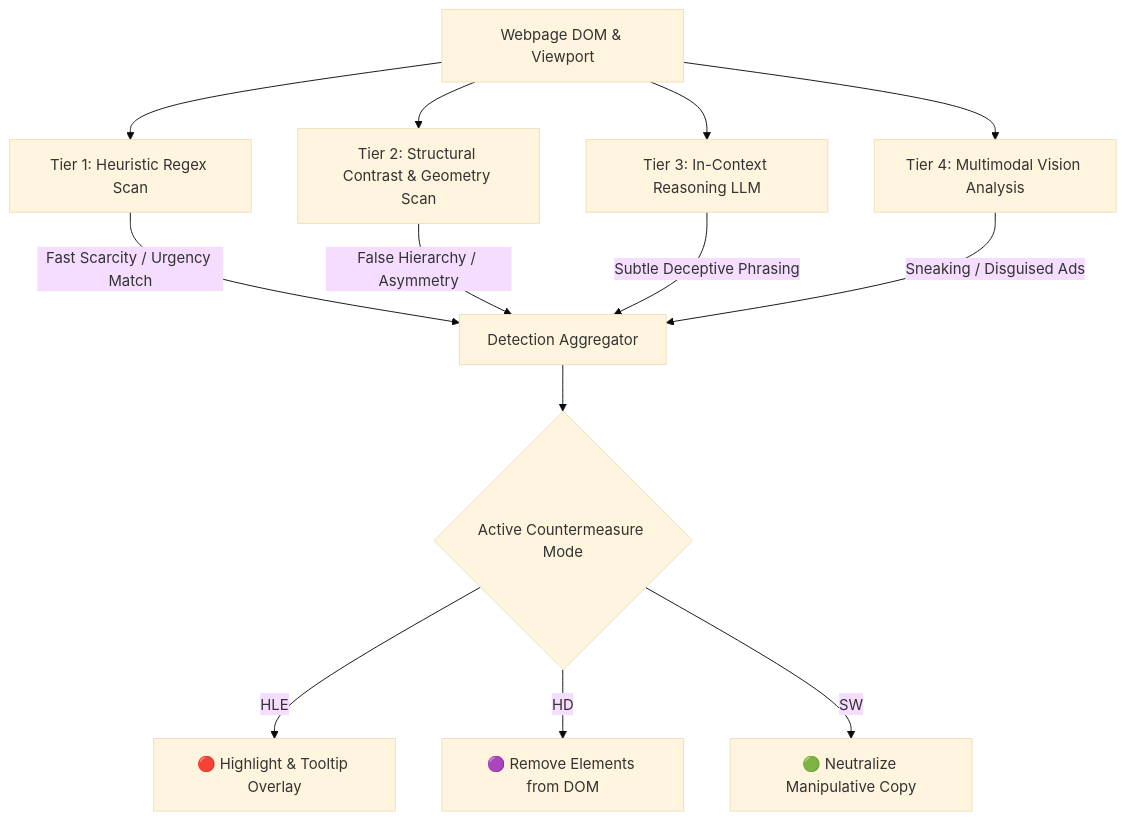
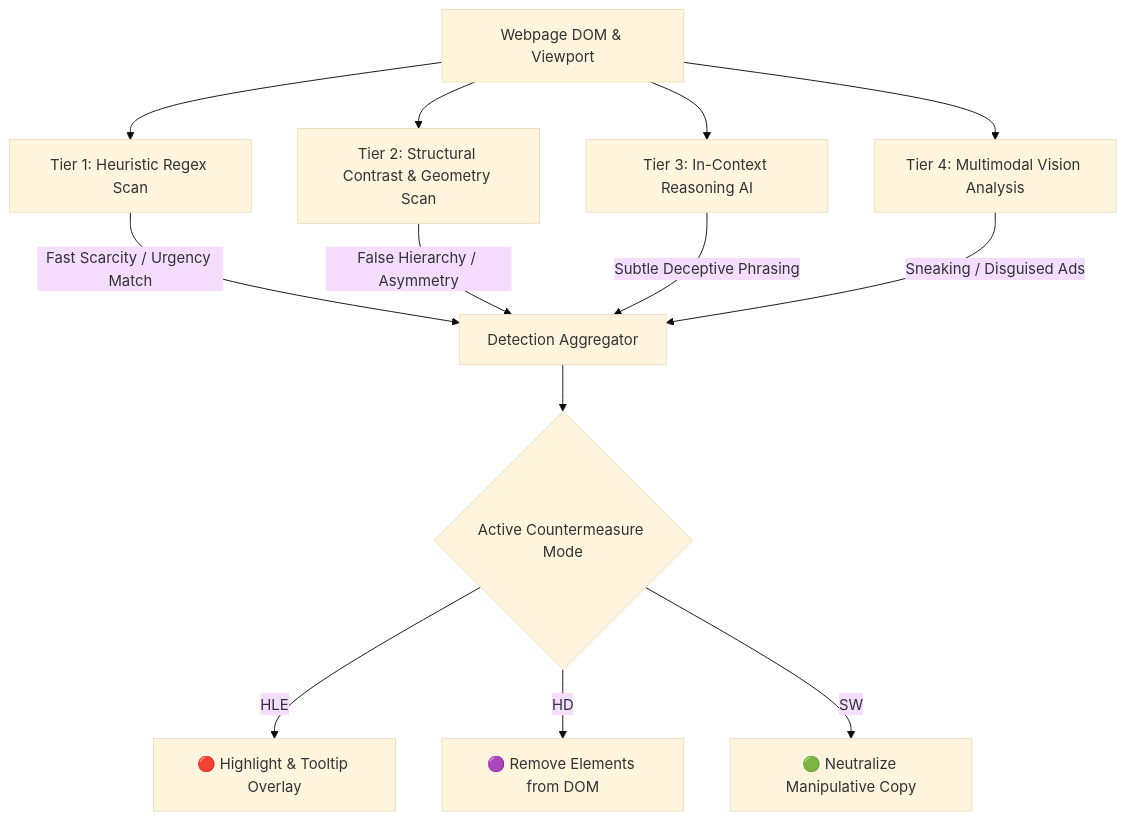
Before and after one commit to tashfinn/DarkSight: the diagram in README.md, drawn with Mermaid (base theme). The commit also changed other lines of this file, not shown here.

````diff
--- a/README.md
+++ b/README.md
@@ -37,17 +54,17 @@
 ```mermaid
 graph TD
     A[Webpage DOM & Viewport] --> B[Tier 1: Heuristic Regex Scan]
     A --> C[Tier 2: Structural Contrast & Geometry Scan]
-    A --> D[Tier 3: In-Context Reasoning LLM]
+    A --> D[Tier 3: In-Context Reasoning AI]
     A --> E[Tier 4: Multimodal Vision Analysis]
 
     B -->|Fast Scarcity / Urgency Match| F[Detection Aggregator]
     C -->|False Hierarchy / Asymmetry| F
     D -->|Subtle Deceptive Phrasing| F
     E -->|Sneaking / Disguised Ads| F
 
     F --> G{Active Countermeasure Mode}
     G -->|HLE| H[🔴 Highlight & Tooltip Overlay]
     G -->|HD| I[🟣 Remove Elements from DOM]
     G -->|SW| J[🟢 Neutralize Manipulative Copy]
 ```
````
